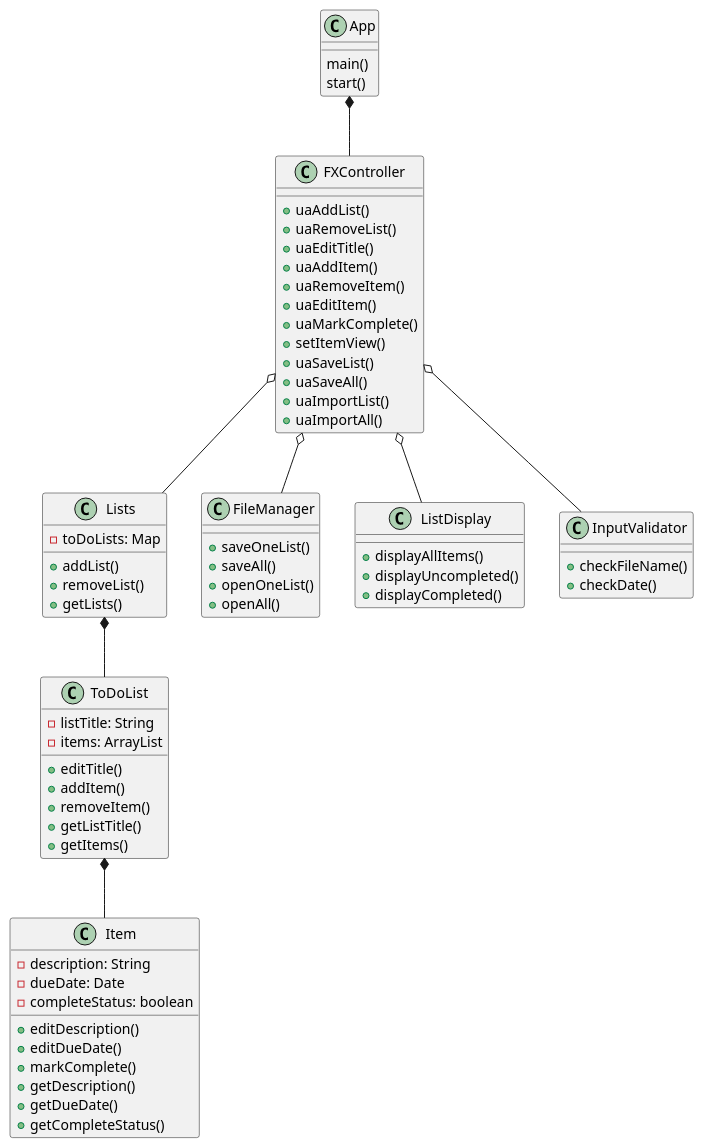
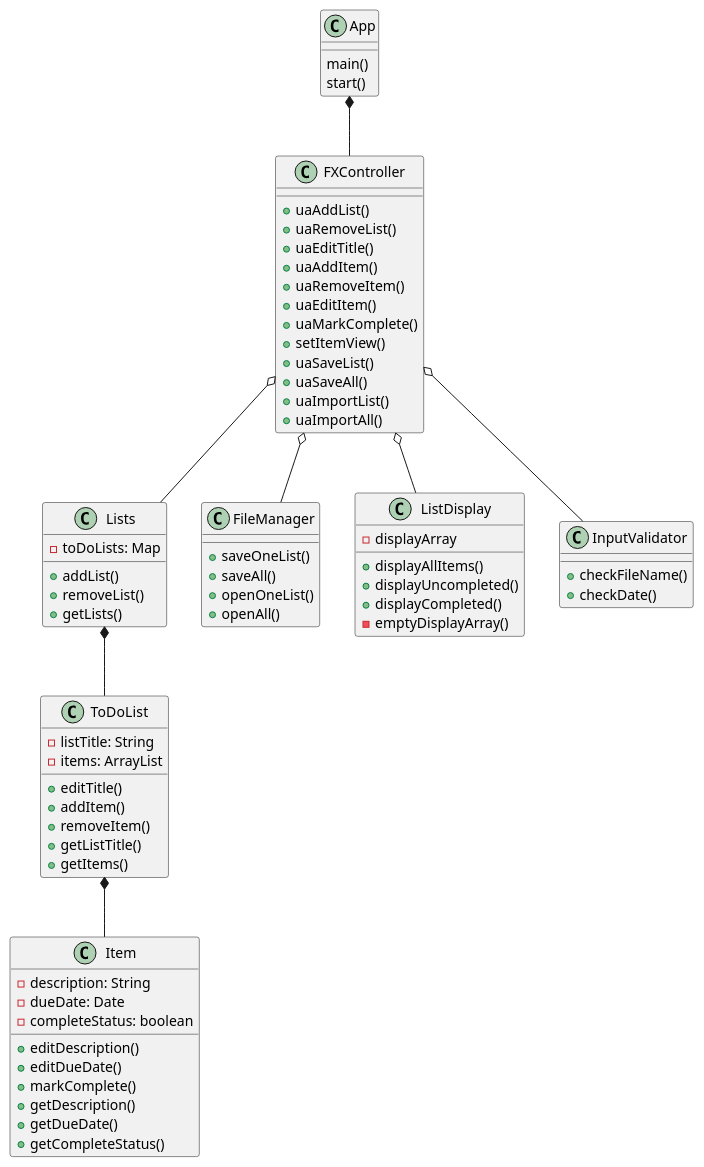
Before and after one commit to kingraham228/Ingraham-cop3330-assignment4: the diagram in uml/ToDoList.puml, drawn with PlantUML. The commit also changed 9 other files, not shown here.

```diff
--- a/uml/ToDoList.puml
+++ b/uml/ToDoList.puml
@@ -1,78 +1,80 @@
 @startuml
 class Item{
 -description: String
 -dueDate: Date
 -completeStatus: boolean
 +editDescription()
 +editDueDate()
 +markComplete()
 +getDescription()
 +getDueDate()
 +getCompleteStatus()
 }
 
 class ToDoList{
 -listTitle: String
 -items: ArrayList
 +editTitle()
 +addItem()
 +removeItem()
 +getListTitle()
 +getItems()
 }
 
 class Lists{
 -toDoLists: Map
 +addList()
 +removeList()
 +getLists()
 }
 
 class FileManager{
 +saveOneList()
 +saveAll()
 +openOneList()
 +openAll()
 }
 
 class ListDisplay{
+-displayArray
 +displayAllItems()
 +displayUncompleted()
 +displayCompleted()
+-emptyDisplayArray()
 }
 
 class FXController{
 +uaAddList()
 +uaRemoveList()
 +uaEditTitle()
 +uaAddItem()
 +uaRemoveItem()
 +uaEditItem()
 +uaMarkComplete()
 +setItemView()
 +uaSaveList()
 +uaSaveAll()
 +uaImportList()
 +uaImportAll()
 }
 
 class App{
 main()
 start()
 }
 
 class InputValidator{
 +checkFileName()
 +checkDate()
 }
 
 
 
 App *-- FXController
 FXController o-- Lists
 FXController o-- ListDisplay
 FXController o-- FileManager
 FXController o-- InputValidator
 Lists *-- ToDoList
 ToDoList *-- Item
 @enduml
```
